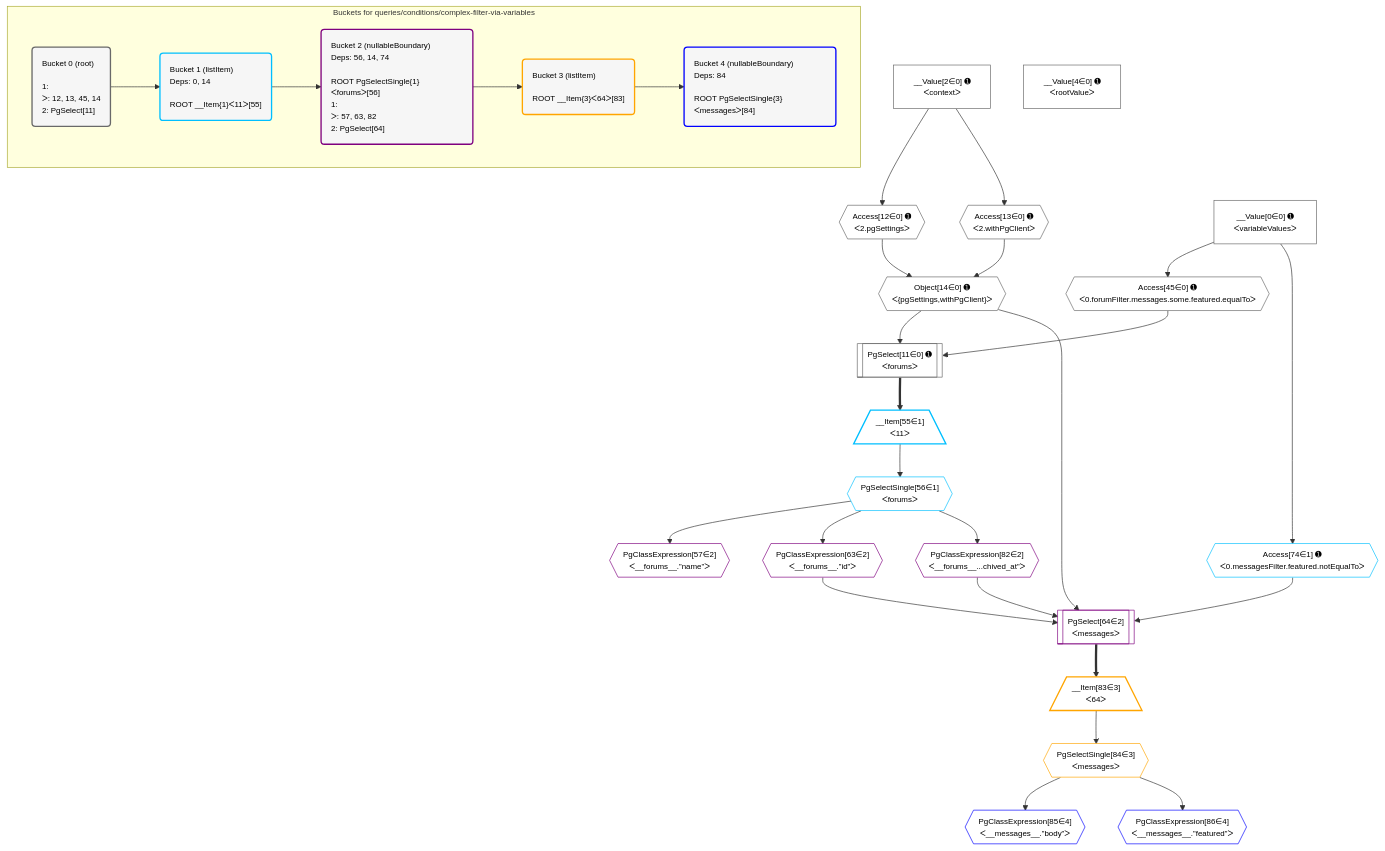
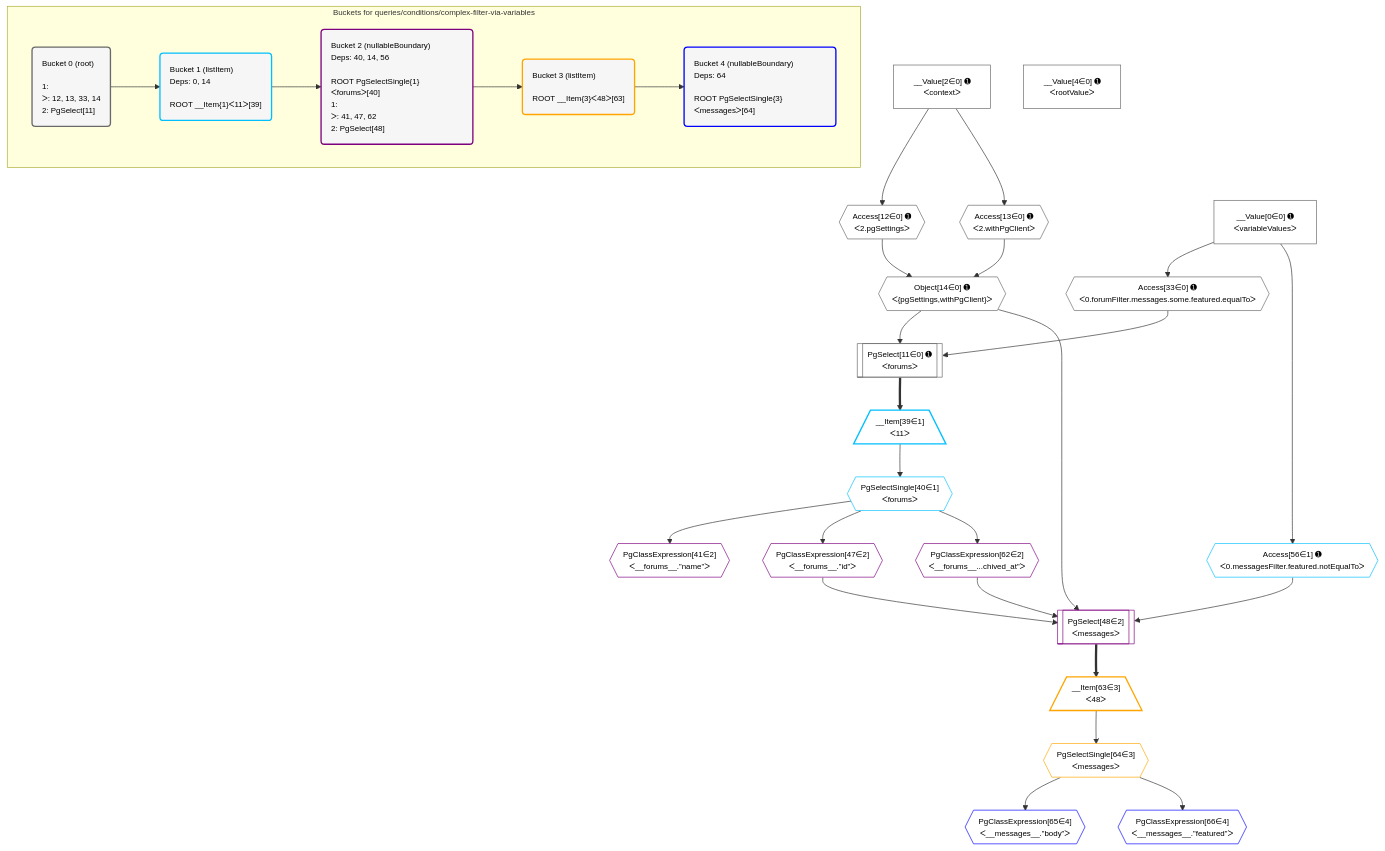
Before and after one commit to graphile/crystal: the diagram in grafast/dataplan-pg/__tests__/queries/conditions/complex-filter-via-variables.deopt.mermaid, drawn with Mermaid. The commit also changed 5 other files, not shown here.

```diff
--- a/grafast/dataplan-pg/__tests__/queries/conditions/complex-filter-via-variables.deopt.mermaid
+++ b/grafast/dataplan-pg/__tests__/queries/conditions/complex-filter-via-variables.deopt.mermaid
@@ -1,70 +1,70 @@
 %%{init: {'themeVariables': { 'fontSize': '12px'}}}%%
 graph TD
     classDef path fill:#eee,stroke:#000,color:#000
     classDef plan fill:#fff,stroke-width:1px,color:#000
     classDef itemplan fill:#fff,stroke-width:2px,color:#000
     classDef unbatchedplan fill:#dff,stroke-width:1px,color:#000
     classDef sideeffectplan fill:#fcc,stroke-width:2px,color:#000
     classDef bucket fill:#f6f6f6,color:#000,stroke-width:2px,text-align:left
 
 
     %% plan dependencies
     PgSelect11[["PgSelect[11∈0] ➊<br />ᐸforumsᐳ"]]:::plan
     Object14{{"Object[14∈0] ➊<br />ᐸ{pgSettings,withPgClient}ᐳ"}}:::plan
-    Access45{{"Access[45∈0] ➊<br />ᐸ0.forumFilter.messages.some.featured.equalToᐳ"}}:::plan
-    Object14 & Access45 --> PgSelect11
+    Access33{{"Access[33∈0] ➊<br />ᐸ0.forumFilter.messages.some.featured.equalToᐳ"}}:::plan
+    Object14 & Access33 --> PgSelect11
     Access12{{"Access[12∈0] ➊<br />ᐸ2.pgSettingsᐳ"}}:::plan
     Access13{{"Access[13∈0] ➊<br />ᐸ2.withPgClientᐳ"}}:::plan
     Access12 & Access13 --> Object14
     __Value2["__Value[2∈0] ➊<br />ᐸcontextᐳ"]:::plan
     __Value2 --> Access12
     __Value2 --> Access13
     __Value0["__Value[0∈0] ➊<br />ᐸvariableValuesᐳ"]:::plan
-    __Value0 --> Access45
+    __Value0 --> Access33
     __Value4["__Value[4∈0] ➊<br />ᐸrootValueᐳ"]:::plan
-    __Item55[/"__Item[55∈1]<br />ᐸ11ᐳ"\]:::itemplan
-    PgSelect11 ==> __Item55
-    PgSelectSingle56{{"PgSelectSingle[56∈1]<br />ᐸforumsᐳ"}}:::plan
-    __Item55 --> PgSelectSingle56
-    Access74{{"Access[74∈1] ➊<br />ᐸ0.messagesFilter.featured.notEqualToᐳ"}}:::plan
-    __Value0 --> Access74
-    PgSelect64[["PgSelect[64∈2]<br />ᐸmessagesᐳ"]]:::plan
-    PgClassExpression63{{"PgClassExpression[63∈2]<br />ᐸ__forums__.”id”ᐳ"}}:::plan
-    PgClassExpression82{{"PgClassExpression[82∈2]<br />ᐸ__forums__...chived_at”ᐳ"}}:::plan
-    Object14 & PgClassExpression63 & Access74 & PgClassExpression82 --> PgSelect64
-    PgClassExpression57{{"PgClassExpression[57∈2]<br />ᐸ__forums__.”name”ᐳ"}}:::plan
-    PgSelectSingle56 --> PgClassExpression57
-    PgSelectSingle56 --> PgClassExpression63
-    PgSelectSingle56 --> PgClassExpression82
-    __Item83[/"__Item[83∈3]<br />ᐸ64ᐳ"\]:::itemplan
-    PgSelect64 ==> __Item83
-    PgSelectSingle84{{"PgSelectSingle[84∈3]<br />ᐸmessagesᐳ"}}:::plan
-    __Item83 --> PgSelectSingle84
-    PgClassExpression85{{"PgClassExpression[85∈4]<br />ᐸ__messages__.”body”ᐳ"}}:::plan
-    PgSelectSingle84 --> PgClassExpression85
-    PgClassExpression86{{"PgClassExpression[86∈4]<br />ᐸ__messages__.”featured”ᐳ"}}:::plan
-    PgSelectSingle84 --> PgClassExpression86
+    __Item39[/"__Item[39∈1]<br />ᐸ11ᐳ"\]:::itemplan
+    PgSelect11 ==> __Item39
+    PgSelectSingle40{{"PgSelectSingle[40∈1]<br />ᐸforumsᐳ"}}:::plan
+    __Item39 --> PgSelectSingle40
+    Access56{{"Access[56∈1] ➊<br />ᐸ0.messagesFilter.featured.notEqualToᐳ"}}:::plan
+    __Value0 --> Access56
+    PgSelect48[["PgSelect[48∈2]<br />ᐸmessagesᐳ"]]:::plan
+    PgClassExpression47{{"PgClassExpression[47∈2]<br />ᐸ__forums__.”id”ᐳ"}}:::plan
+    PgClassExpression62{{"PgClassExpression[62∈2]<br />ᐸ__forums__...chived_at”ᐳ"}}:::plan
+    Object14 & PgClassExpression47 & Access56 & PgClassExpression62 --> PgSelect48
+    PgClassExpression41{{"PgClassExpression[41∈2]<br />ᐸ__forums__.”name”ᐳ"}}:::plan
+    PgSelectSingle40 --> PgClassExpression41
+    PgSelectSingle40 --> PgClassExpression47
+    PgSelectSingle40 --> PgClassExpression62
+    __Item63[/"__Item[63∈3]<br />ᐸ48ᐳ"\]:::itemplan
+    PgSelect48 ==> __Item63
+    PgSelectSingle64{{"PgSelectSingle[64∈3]<br />ᐸmessagesᐳ"}}:::plan
+    __Item63 --> PgSelectSingle64
+    PgClassExpression65{{"PgClassExpression[65∈4]<br />ᐸ__messages__.”body”ᐳ"}}:::plan
+    PgSelectSingle64 --> PgClassExpression65
+    PgClassExpression66{{"PgClassExpression[66∈4]<br />ᐸ__messages__.”featured”ᐳ"}}:::plan
+    PgSelectSingle64 --> PgClassExpression66
 
     %% define steps
 
     subgraph "Buckets for queries/conditions/complex-filter-via-variables"
-    Bucket0("Bucket 0 (root)<br /><br />1: <br />ᐳ: 12, 13, 45, 14<br />2: PgSelect[11]"):::bucket
+    Bucket0("Bucket 0 (root)<br /><br />1: <br />ᐳ: 12, 13, 33, 14<br />2: PgSelect[11]"):::bucket
     classDef bucket0 stroke:#696969
-    class Bucket0,__Value0,__Value2,__Value4,PgSelect11,Access12,Access13,Object14,Access45 bucket0
-    Bucket1("Bucket 1 (listItem)<br />Deps: 0, 14<br /><br />ROOT __Item{1}ᐸ11ᐳ[55]"):::bucket
+    class Bucket0,__Value0,__Value2,__Value4,PgSelect11,Access12,Access13,Object14,Access33 bucket0
+    Bucket1("Bucket 1 (listItem)<br />Deps: 0, 14<br /><br />ROOT __Item{1}ᐸ11ᐳ[39]"):::bucket
     classDef bucket1 stroke:#00bfff
-    class Bucket1,__Item55,PgSelectSingle56,Access74 bucket1
-    Bucket2("Bucket 2 (nullableBoundary)<br />Deps: 56, 14, 74<br /><br />ROOT PgSelectSingle{1}ᐸforumsᐳ[56]<br />1: <br />ᐳ: 57, 63, 82<br />2: PgSelect[64]"):::bucket
+    class Bucket1,__Item39,PgSelectSingle40,Access56 bucket1
+    Bucket2("Bucket 2 (nullableBoundary)<br />Deps: 40, 14, 56<br /><br />ROOT PgSelectSingle{1}ᐸforumsᐳ[40]<br />1: <br />ᐳ: 41, 47, 62<br />2: PgSelect[48]"):::bucket
     classDef bucket2 stroke:#7f007f
-    class Bucket2,PgClassExpression57,PgClassExpression63,PgSelect64,PgClassExpression82 bucket2
-    Bucket3("Bucket 3 (listItem)<br /><br />ROOT __Item{3}ᐸ64ᐳ[83]"):::bucket
+    class Bucket2,PgClassExpression41,PgClassExpression47,PgSelect48,PgClassExpression62 bucket2
+    Bucket3("Bucket 3 (listItem)<br /><br />ROOT __Item{3}ᐸ48ᐳ[63]"):::bucket
     classDef bucket3 stroke:#ffa500
-    class Bucket3,__Item83,PgSelectSingle84 bucket3
-    Bucket4("Bucket 4 (nullableBoundary)<br />Deps: 84<br /><br />ROOT PgSelectSingle{3}ᐸmessagesᐳ[84]"):::bucket
+    class Bucket3,__Item63,PgSelectSingle64 bucket3
+    Bucket4("Bucket 4 (nullableBoundary)<br />Deps: 64<br /><br />ROOT PgSelectSingle{3}ᐸmessagesᐳ[64]"):::bucket
     classDef bucket4 stroke:#0000ff
-    class Bucket4,PgClassExpression85,PgClassExpression86 bucket4
+    class Bucket4,PgClassExpression65,PgClassExpression66 bucket4
     Bucket0 --> Bucket1
     Bucket1 --> Bucket2
     Bucket2 --> Bucket3
     Bucket3 --> Bucket4
     end
```
